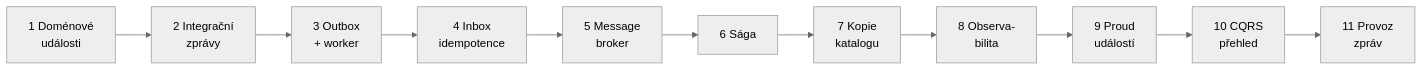
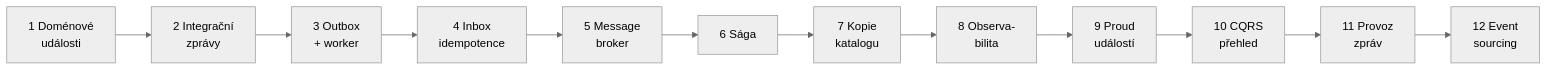
Before and after one commit to ftichy/MiniShop: the second of 2 diagrams in docs/prirucka/eda/index.md, drawn with Mermaid (neutral theme). The commit also changed other lines of this file and 32 other files, not shown here.

First line of the commit message:
ESHOP STEP17: event sourcing košíku

````diff
--- a/docs/prirucka/eda/index.md
+++ b/docs/prirucka/eda/index.md
@@ -51,17 +51,18 @@
 ```mermaid
 flowchart LR
     k1["1 Doménové<br/>události"] --> k2["2 Integrační<br/>zprávy"] --> k3["3 Outbox<br/>+ worker"] --> k4["4 Inbox<br/>idempotence"]
-    k4 --> k5["5 Message<br/>broker"] --> k6["6 Sága"] --> k7["7 Kopie<br/>katalogu"] --> k8["8 Observa-<br/>bilita"] --> k9["9 Proud<br/>událostí"] --> k10["10 CQRS<br/>přehled"] --> k11["11 Provoz<br/>zpráv"]
+    k4 --> k5["5 Message<br/>broker"] --> k6["6 Sága"] --> k7["7 Kopie<br/>katalogu"] --> k8["8 Observa-<br/>bilita"] --> k9["9 Proud<br/>událostí"] --> k10["10 CQRS<br/>přehled"] --> k11["11 Provoz<br/>zpráv"] --> k12["12 Event<br/>sourcing"]
 
     click k1 "/Docs/eda/domenove-udalosti"
     click k2 "/Docs/eda/integracni-zpravy"
     click k3 "/Docs/eda/outbox"
     click k4 "/Docs/eda/inbox"
     click k5 "/Docs/eda/broker"
     click k6 "/Docs/eda/saga"
     click k7 "/Docs/eda/kopie-katalogu"
     click k8 "/Docs/eda/observabilita"
     click k9 "/Docs/eda/proud-udalosti"
     click k10 "/Docs/eda/cqrs"
     click k11 "/Docs/eda/provoz-zprav"
+    click k12 "/Docs/eda/event-sourcing"
 ```
````
